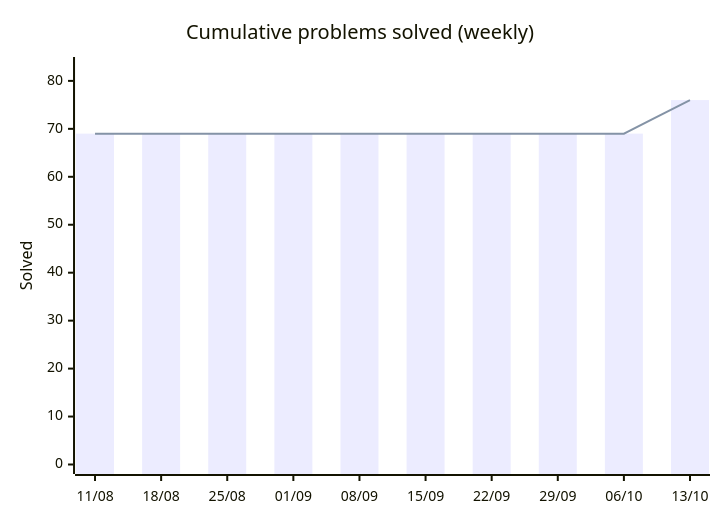
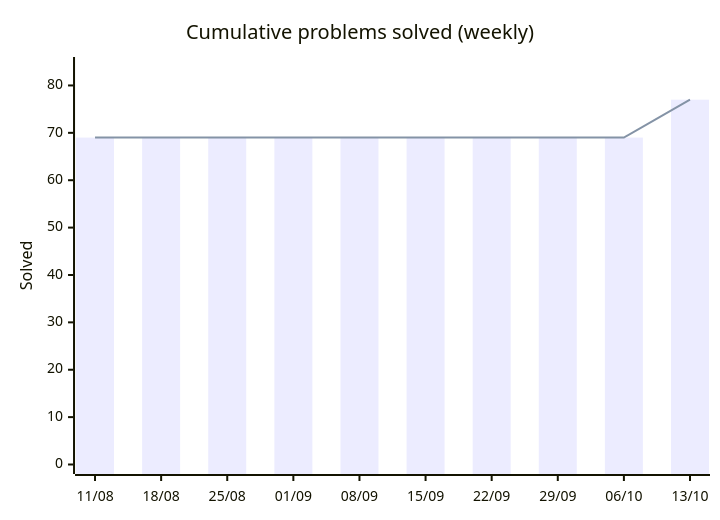
Before and after one commit to HarryTrn/TensorTonic-Solutions: the first of 2 diagrams in README.md, drawn with Mermaid. The commit also changed other lines of this file, not shown here.

````diff
--- a/README.md
+++ b/README.md
@@ -65,8 +65,8 @@
 ```mermaid
 xychart-beta
     title "Cumulative problems solved (weekly)"
     x-axis ["11/08", "18/08", "25/08", "01/09", "08/09", "15/09", "22/09", "29/09", "06/10", "13/10"]
-    y-axis "Solved" 0 --> 83
-    bar [69, 69, 69, 69, 69, 69, 69, 69, 69, 76]
-    line [69, 69, 69, 69, 69, 69, 69, 69, 69, 76]
+    y-axis "Solved" 0 --> 84
+    bar [69, 69, 69, 69, 69, 69, 69, 69, 69, 77]
+    line [69, 69, 69, 69, 69, 69, 69, 69, 69, 77]
 ```
````
